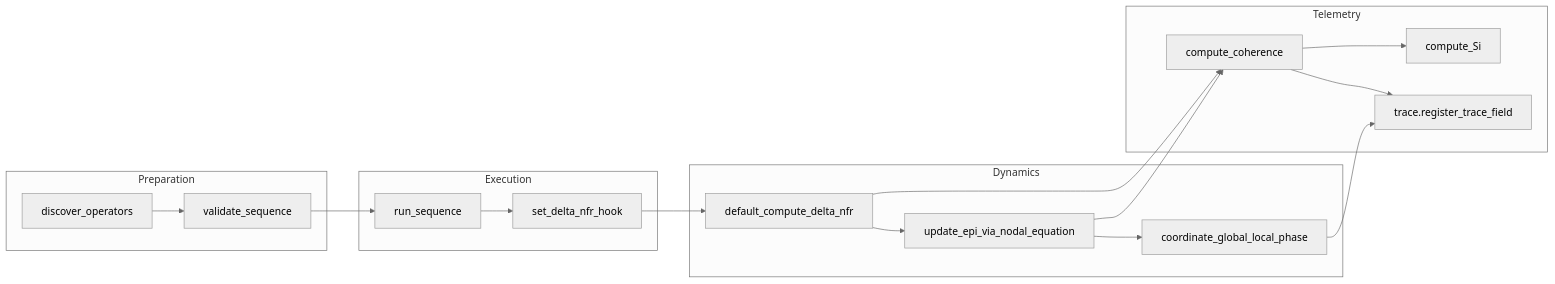
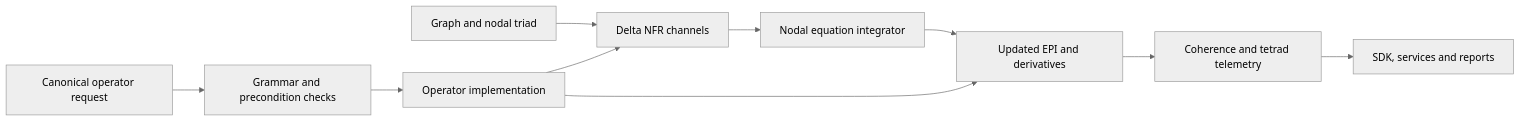
The diagram in ARCHITECTURE.md (fermga/TNFR-Python-Engine), drawn with Mermaid (neutral theme) before and after one commit. The commit also changed other lines of this file and 131 other files, not shown here.

````diff
--- a/ARCHITECTURE.md
+++ b/ARCHITECTURE.md
@@ -223,28 +32,12 @@
 ```mermaid
 flowchart LR
-    subgraph Preparation
-        DO[discover_operators]
-        VS[validate_sequence]
-    end
-    subgraph Execution
-        RS[run_sequence]
-        SH[set_delta_nfr_hook]
-    end
-    subgraph Dynamics
-        DN[default_compute_delta_nfr]
-        UE[update_epi_via_nodal_equation]
-        CP[coordinate_global_local_phase]
-    end
-    subgraph Telemetry
-        CC[compute_coherence]
-        SI[compute_Si]
-        TR[trace.register_trace_field]
-    end
-    DO --> VS --> RS
-    RS --> SH --> DN --> UE --> CP
-    DN --> CC
-    UE --> CC
-    CC --> SI
-    CC --> TR
-    CP --> TR
+    A[Graph and nodal triad] --> B[Delta NFR channels]
+    B --> C[Nodal equation integrator]
+    C --> D[Updated EPI and derivatives]
+    D --> E[Coherence and tetrad telemetry]
+    E --> F[SDK, services and reports]
+    G[Canonical operator request] --> H[Grammar and precondition checks]
+    H --> I[Operator implementation]
+    I --> B
+    I --> D
 ```
````
